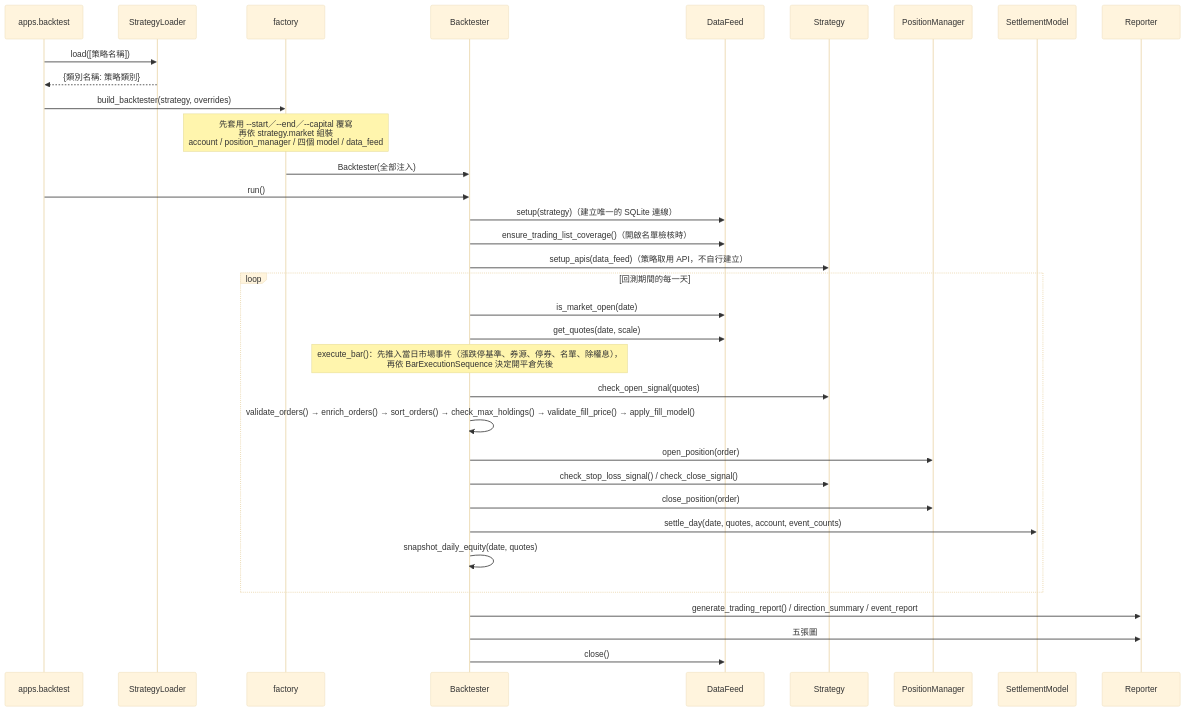
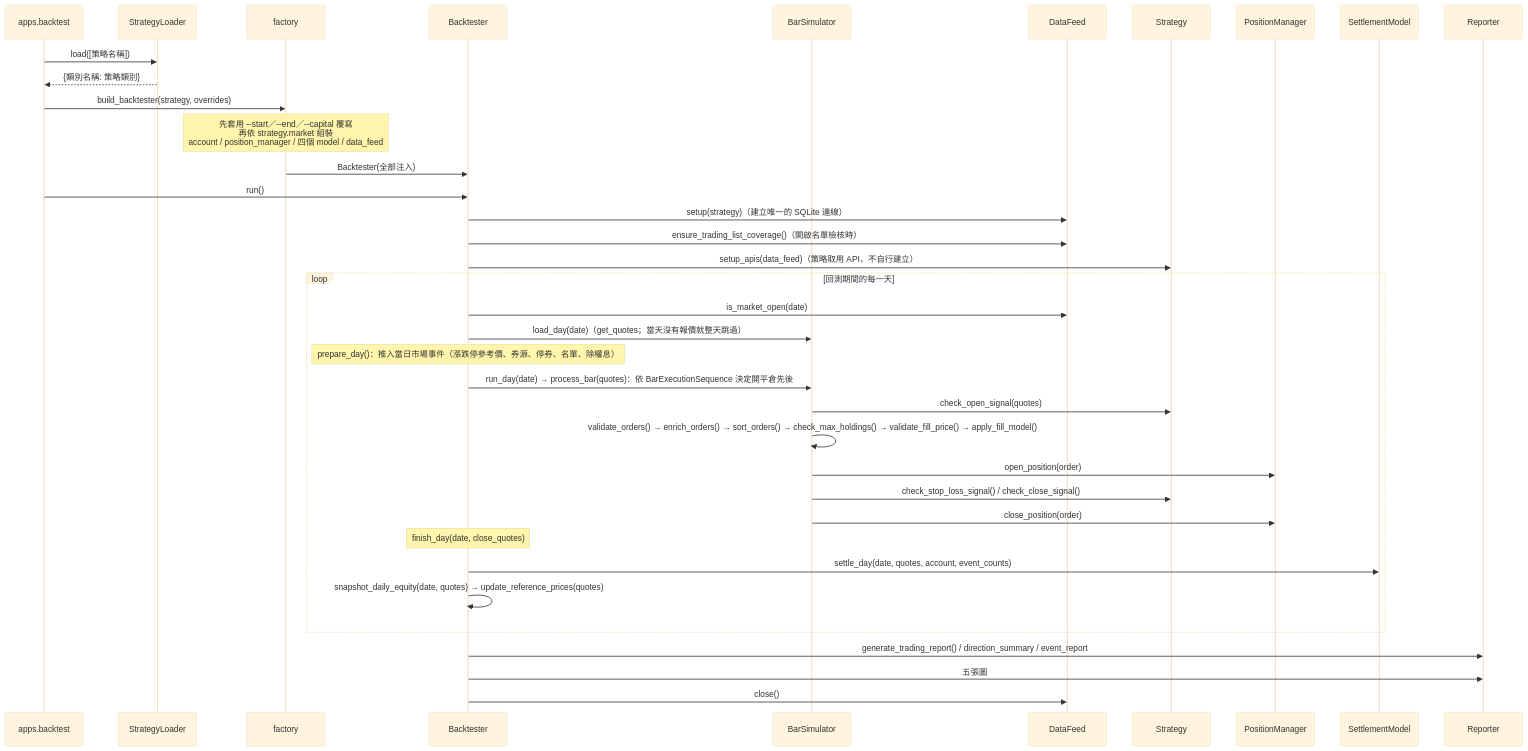
One commit to NYFund/alphaedge changed the diagram in docs/backtest/module-map.md. Above: the diagram before and after it, drawn with Mermaid (base theme). The commit also changed other lines of this file and 25 other files, not shown here.

````diff
--- a/docs/backtest/module-map.md
+++ b/docs/backtest/module-map.md
@@ -64,40 +65,43 @@
 ```mermaid
 sequenceDiagram
     participant CLI as apps.backtest
     participant Loader as StrategyLoader
     participant F as factory
     participant BT as Backtester
+    participant Sim as BarSimulator
     participant Feed as DataFeed
     participant S as Strategy
     participant PM as PositionManager
     participant SM as SettlementModel
     participant R as Reporter
 
     CLI->>Loader: load([策略名稱])
     Loader-->>CLI: {類別名稱: 策略類別}
     CLI->>F: build_backtester(strategy, overrides)
 
     Note over F: 先套用 --start／--end／--capital 覆寫<br/>再依 strategy.market 組裝<br/>account / position_manager / 四個 model / data_feed
     F->>BT: Backtester(全部注入)
     CLI->>BT: run()
     BT->>Feed: setup(strategy)（建立唯一的 SQLite 連線）
     BT->>Feed: ensure_trading_list_coverage()（開啟名單檢核時）
     BT->>S: setup_apis(data_feed)（策略取用 API，不自行建立）
 
     loop 回測期間的每一天
         BT->>Feed: is_market_open(date)
-        BT->>Feed: get_quotes(date, scale)
-        Note over BT: execute_bar()：先推入當日市場事件（漲跌停基準、券源、停券、名單、除權息），<br/>再依 BarExecutionSequence 決定開平倉先後
-        BT->>S: check_open_signal(quotes)
-        BT->>BT: validate_orders() → enrich_orders() → sort_orders() → check_max_holdings() → validate_fill_price() → apply_fill_model()
-        BT->>PM: open_position(order)
-        BT->>S: check_stop_loss_signal() / check_close_signal()
-        BT->>PM: close_position(order)
+        BT->>Sim: load_day(date)（get_quotes；當天沒有報價就整天跳過）
+        Note over BT: prepare_day()：推入當日市場事件（漲跌停參考價、券源、停券、名單、除權息）
+        BT->>Sim: run_day(date) → process_bar(quotes)：依 BarExecutionSequence 決定開平倉先後
+        Sim->>S: check_open_signal(quotes)
+        Sim->>Sim: validate_orders() → enrich_orders() → sort_orders() → check_max_holdings() → validate_fill_price() → apply_fill_model()
+        Sim->>PM: open_position(order)
+        Sim->>S: check_stop_loss_signal() / check_close_signal()
+        Sim->>PM: close_position(order)
+        Note over BT: finish_day(date, close_quotes)
         BT->>SM: settle_day(date, quotes, account, event_counts)
-        BT->>BT: snapshot_daily_equity(date, quotes)
+        BT->>BT: snapshot_daily_equity(date, quotes) → update_reference_prices(quotes)
     end
 
     BT->>R: generate_trading_report() / direction_summary / event_report
     BT->>R: 五張圖
     BT->>Feed: close()
 ```
````
